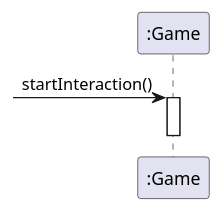
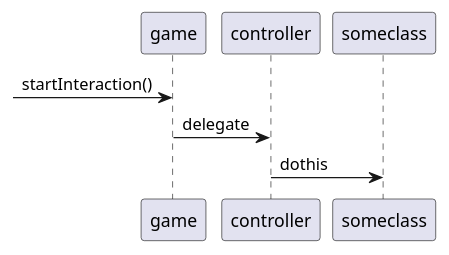
Before and after one commit to juliusmarminge/PA1459-Diagrams: the diagram in Diagrams/startInteraction.puml, drawn with PlantUML. The commit also changed 4 other files, not shown here.

```diff
--- a/Diagrams/startInteraction.puml
+++ b/Diagrams/startInteraction.puml
@@ -1,15 +1,17 @@
 @startuml
 'https://plantuml.com/sequence-diagram
 
-participant ":Game" as game
+'participant "currentInteraction:InteractionType" as currInt
 
 [->game : startInteraction()
-activate game
+game->controller : delegate
+controller->someclass : dothis
+'activate currInt
 
 
-deactivate game
+'deactivate currInt
 
 
 '[<--someObject : result of interaction
 'activate someObject
 @enduml
```
